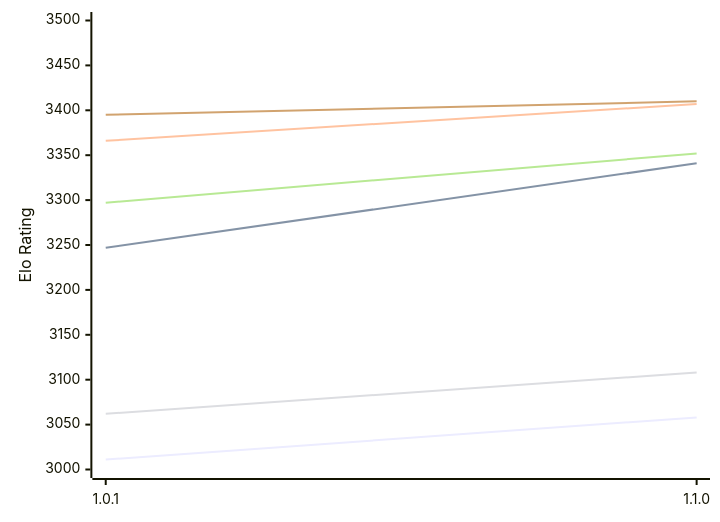
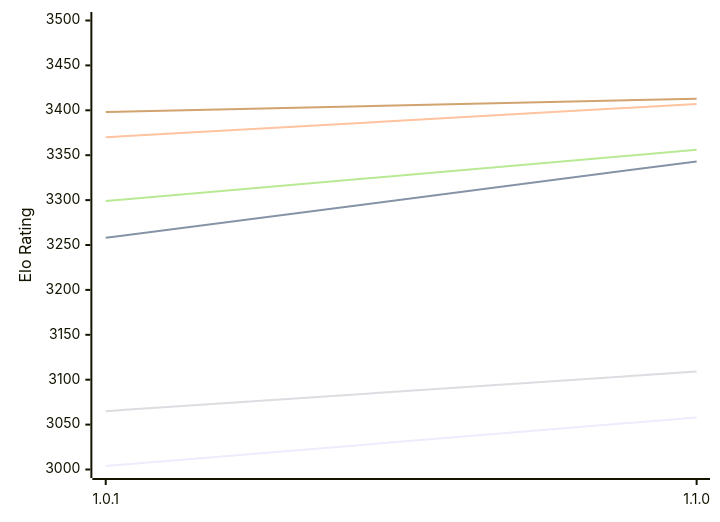
The first of 2 diagrams in engines/Ursus.md (computer-chess-index/cci), drawn with Mermaid before and after one commit. The commit also changed other lines of this file, not shown here.

Commit message:
Update CCI Ratings (ELO VLTC) - 2026-11-24

````diff
--- a/engines/Ursus.md
+++ b/engines/Ursus.md
@@ -51,12 +51,12 @@
 ```mermaid
 %%{init: {"theme":"base","themeVariables":{"seriesColors:['#a3a3a3','#222221','#faa371']}}}%%
 xychart-beta
   x-axis ["1.0.1", "1.1.0"]
   y-axis "Elo Rating" 3000 --> 3500
-  line "E1: STC (8.0+0.08s)" [3011, 3058]
-  line "E1: LTC (60.0+0.60s)" [3247, 3341]
-  line "E1: VLTC (2m24s+1.12s)" [3366, 3407]
-  line "P1: STC (8.0+0.08s)" [3062, 3108]
-  line "P1: LTC (60.0+0.60s)" [3297, 3352]
-  line "P1: VLTC (2m24s+1.12s)" [3395, 3410]
+  line "E1: STC (8.0+0.08s)" [3004, 3058]
+  line "E1: LTC (60.0+0.60s)" [3258, 3343]
+  line "E1: VLTC (2m24s+1.12s)" [3370, 3407]
+  line "P1: STC (8.0+0.08s)" [3065, 3109]
+  line "P1: LTC (60.0+0.60s)" [3299, 3356]
+  line "P1: VLTC (2m24s+1.12s)" [3398, 3413]
 ```
````
